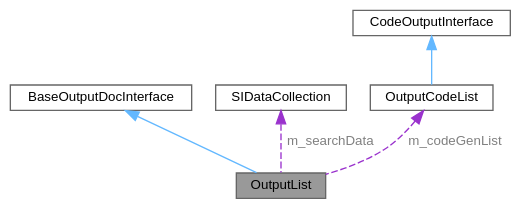
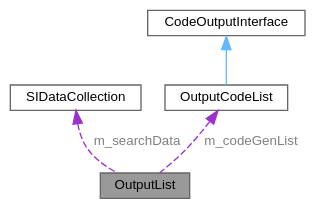
Before and after one commit to tim-gromeyer/doxygen: the diagram in dd/d01/class_output_list__coll__graph.dot, drawn with Graphviz. The commit also changed 3637 other files, not shown here.

```diff
--- a/dd/d01/class_output_list__coll__graph.dot
+++ b/dd/d01/class_output_list__coll__graph.dot
@@ -1,17 +1,15 @@
 digraph "OutputList"
 {
  // INTERACTIVE_SVG=YES
  // LATEX_PDF_SIZE
   bgcolor="transparent";
   edge [fontname=Helvetica,fontsize=10,labelfontname=Helvetica,labelfontsize=10];
   node [fontname=Helvetica,fontsize=10,shape=box,height=0.2,width=0.4];
   Node1 [label="OutputList",height=0.2,width=0.4,color="gray40", fillcolor="grey60", style="filled", fontcolor="black",tooltip="Class representing a list of output generators that are written to in parallel."];
-  Node2 -> Node1 [dir="back",color="steelblue1",style="solid"];
-  Node2 [label="BaseOutputDocInterface",height=0.2,width=0.4,color="gray40", fillcolor="white", style="filled",URL="$df/d27/class_base_output_doc_interface.html",tooltip="Base Interface used for generating output outside of the comment blocks."];
-  Node3 -> Node1 [dir="back",color="darkorchid3",style="dashed",label=" m_searchData",fontcolor="grey" ];
-  Node3 [label="SIDataCollection",height=0.2,width=0.4,color="gray40", fillcolor="white", style="filled",URL="$d2/dc1/class_s_i_data_collection.html",tooltip=" "];
-  Node4 -> Node1 [dir="back",color="darkorchid3",style="dashed",label=" m_codeGenList",fontcolor="grey" ];
-  Node4 [label="OutputCodeList",height=0.2,width=0.4,color="gray40", fillcolor="white", style="filled",URL="$db/d8e/class_output_code_list.html",tooltip=" "];
-  Node5 -> Node4 [dir="back",color="steelblue1",style="solid"];
-  Node5 [label="CodeOutputInterface",height=0.2,width=0.4,color="gray40", fillcolor="white", style="filled",URL="$d5/d9c/class_code_output_interface.html",tooltip="Output interface for code parser."];
+  Node2 -> Node1 [dir="back",color="darkorchid3",style="dashed",label=" m_searchData",fontcolor="grey" ];
+  Node2 [label="SIDataCollection",height=0.2,width=0.4,color="gray40", fillcolor="white", style="filled",URL="$d2/dc1/class_s_i_data_collection.html",tooltip=" "];
+  Node3 -> Node1 [dir="back",color="darkorchid3",style="dashed",label=" m_codeGenList",fontcolor="grey" ];
+  Node3 [label="OutputCodeList",height=0.2,width=0.4,color="gray40", fillcolor="white", style="filled",URL="$db/d8e/class_output_code_list.html",tooltip=" "];
+  Node4 -> Node3 [dir="back",color="steelblue1",style="solid"];
+  Node4 [label="CodeOutputInterface",height=0.2,width=0.4,color="gray40", fillcolor="white", style="filled",URL="$d5/d9c/class_code_output_interface.html",tooltip="Output interface for code parser."];
 }
```
